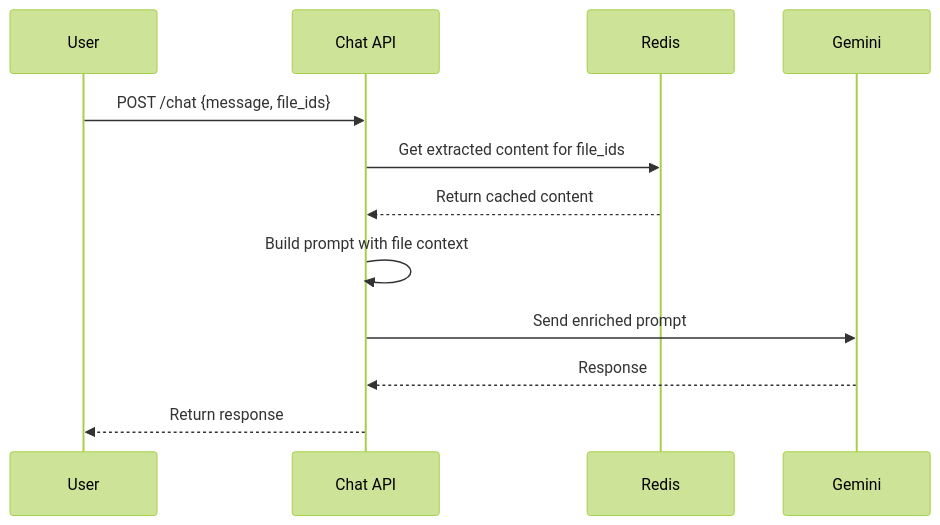
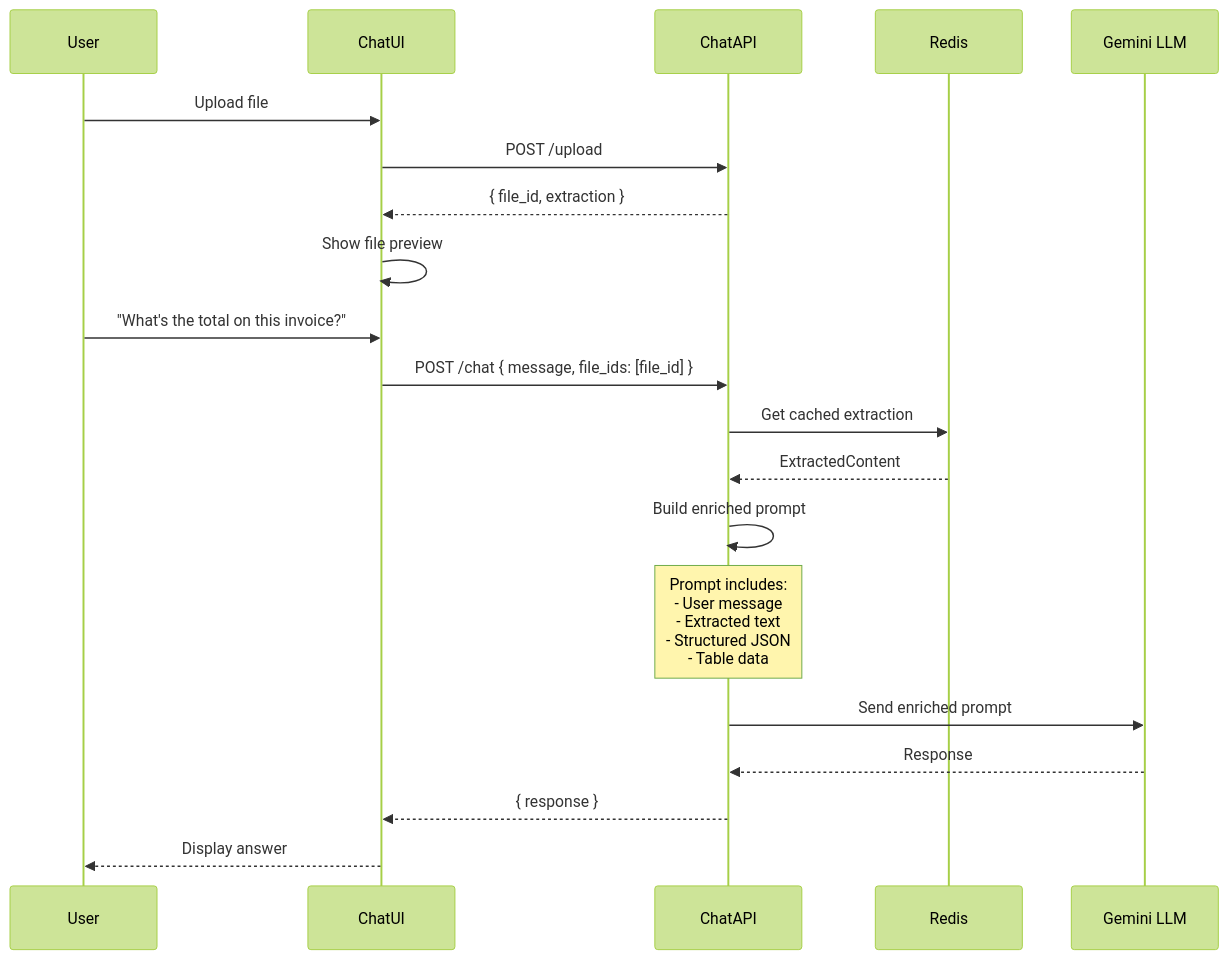
One commit to manumishra-zm/execution_plan changed diagram 13 of 22 in upload_ocr.md. Above: the diagram before and after it, drawn with Mermaid (forest theme). The commit also changed other lines of this file, not shown here.

````diff
--- a/upload_ocr.md
+++ b/upload_ocr.md
@@ -638,15 +1206,28 @@
 ```mermaid
 sequenceDiagram
     participant User
-    participant Chat API
+    participant ChatUI
+    participant ChatAPI
     participant Redis
-    participant Gemini
+    participant LLM as Gemini LLM
 
-    User->>Chat API: POST /chat {message, file_ids}
-    Chat API->>Redis: Get extracted content for file_ids
-    Redis-->>Chat API: Return cached content
-    Chat API->>Chat API: Build prompt with file context
-    Chat API->>Gemini: Send enriched prompt
-    Gemini-->>Chat API: Response
-    Chat API-->>User: Return response
+    User->>ChatUI: Upload file
+    ChatUI->>ChatAPI: POST /upload
+    ChatAPI-->>ChatUI: { file_id, extraction }
+    ChatUI->>ChatUI: Show file preview
+
+    User->>ChatUI: "What's the total on this invoice?"
+    ChatUI->>ChatAPI: POST /chat { message, file_ids: [file_id] }
+
+    ChatAPI->>Redis: Get cached extraction
+    Redis-->>ChatAPI: ExtractedContent
+
+    ChatAPI->>ChatAPI: Build enriched prompt
+    Note over ChatAPI: Prompt includes:<br/>- User message<br/>- Extracted text<br/>- Structured JSON<br/>- Table data
+
+    ChatAPI->>LLM: Send enriched prompt
+    LLM-->>ChatAPI: Response
+
+    ChatAPI-->>ChatUI: { response }
+    ChatUI-->>User: Display answer
 ```
````
